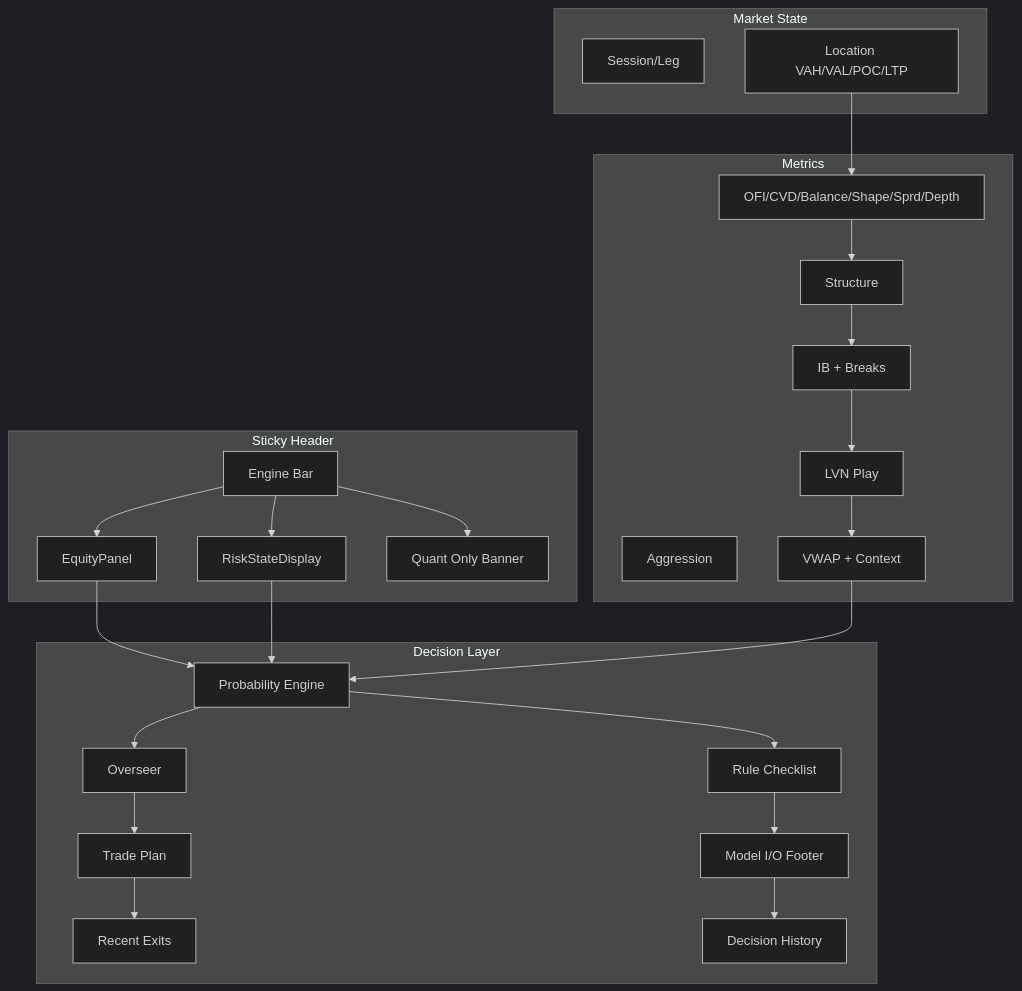
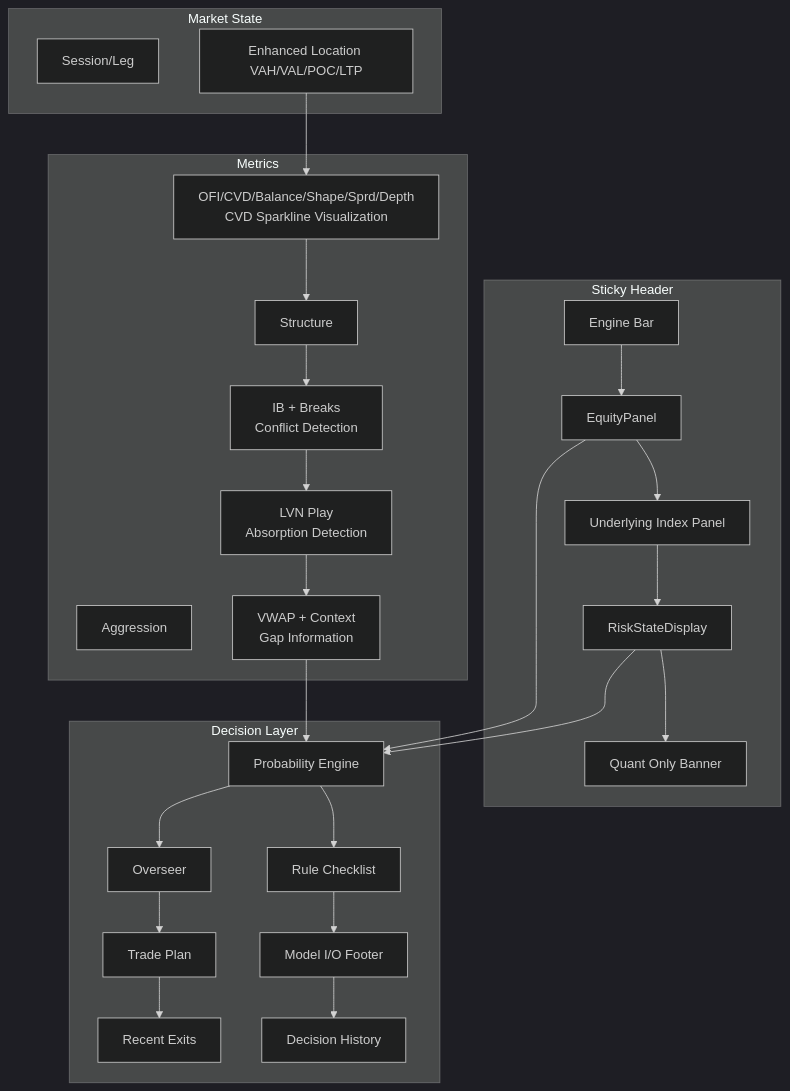
The second of 3 diagrams in .qoder/repowiki/en/content/Frontend Application/React Components/AI Analysis Panels/AI Analysis Panel Core.md (gemrajkhatry-maker/v5-of-glassytrade-ai), drawn with Mermaid (dark theme) before and after one commit. The commit also changed other lines of this file and 930 other files, not shown here.

````diff
--- a/.qoder/repowiki/en/content/Frontend Application/React Components/AI Analysis Panels/AI Analysis Panel Core.md
+++ b/.qoder/repowiki/en/content/Frontend Application/React Components/AI Analysis Panels/AI Analysis Panel Core.md
@@ -102,47 +126,49 @@
 ```mermaid
 graph TB
 subgraph "Sticky Header"
 EH["Engine Bar"]
 EQ["EquityPanel"]
+UIP["Underlying Index Panel"]
 RS["RiskStateDisplay"]
 QT["Quant Only Banner"]
 end
 subgraph "Market State"
 SS["Session/Leg"]
-LOC["Location VAH/VAL/POC/LTP"]
+LOC["Enhanced Location VAH/VAL/POC/LTP"]
 end
 subgraph "Metrics"
 AGG["Aggression"]
-MET["OFI/CVD/Balance/Shape/Sprd/Depth"]
+MET["OFI/CVD/Balance/Shape/Sprd/Depth<br/>CVD Sparkline Visualization"]
 STR["Structure"]
-IB["IB + Breaks"]
-LVN["LVN Play"]
-VW["VWAP + Context"]
+IB["IB + Breaks<br/>Conflict Detection"]
+LVN["LVN Play<br/>Absorption Detection"]
+VW["VWAP + Context<br/>Gap Information"]
 end
 subgraph "Decision Layer"
 PROB["Probability Engine"]
 OS["Overseer"]
 TP["Trade Plan"]
 EX["Recent Exits"]
 RC["Rule Checklist"]
 MIO["Model I/O Footer"]
 DH["Decision History"]
 end
 EH --> EQ
-EH --> RS
-EH --> QT
+EQ --> UIP
+UIP --> RS
+RS --> QT
 EQ --> PROB
 RS --> PROB
 PROB --> OS
 OS --> TP
 TP --> EX
 LOC --> MET
 MET --> STR
 STR --> IB
 IB --> LVN
 LVN --> VW
 VW --> PROB
 PROB --> RC
 RC --> MIO
 MIO --> DH
 ```
````
